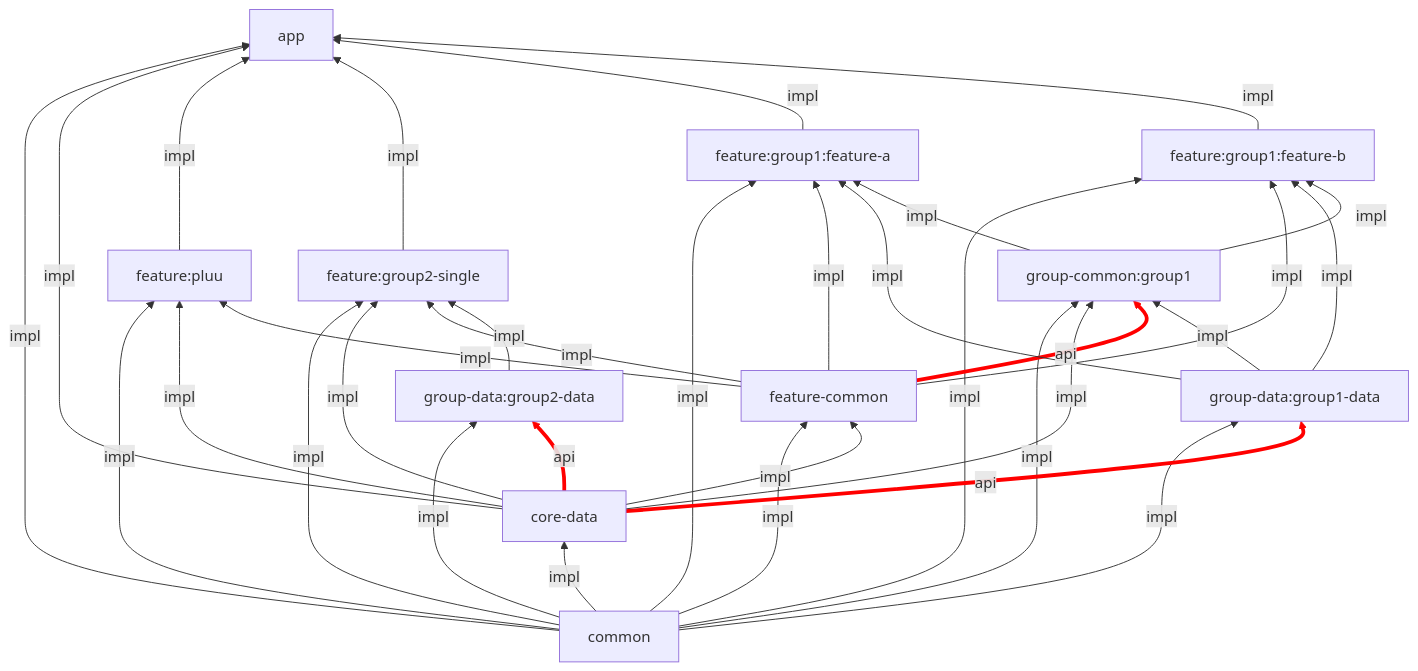
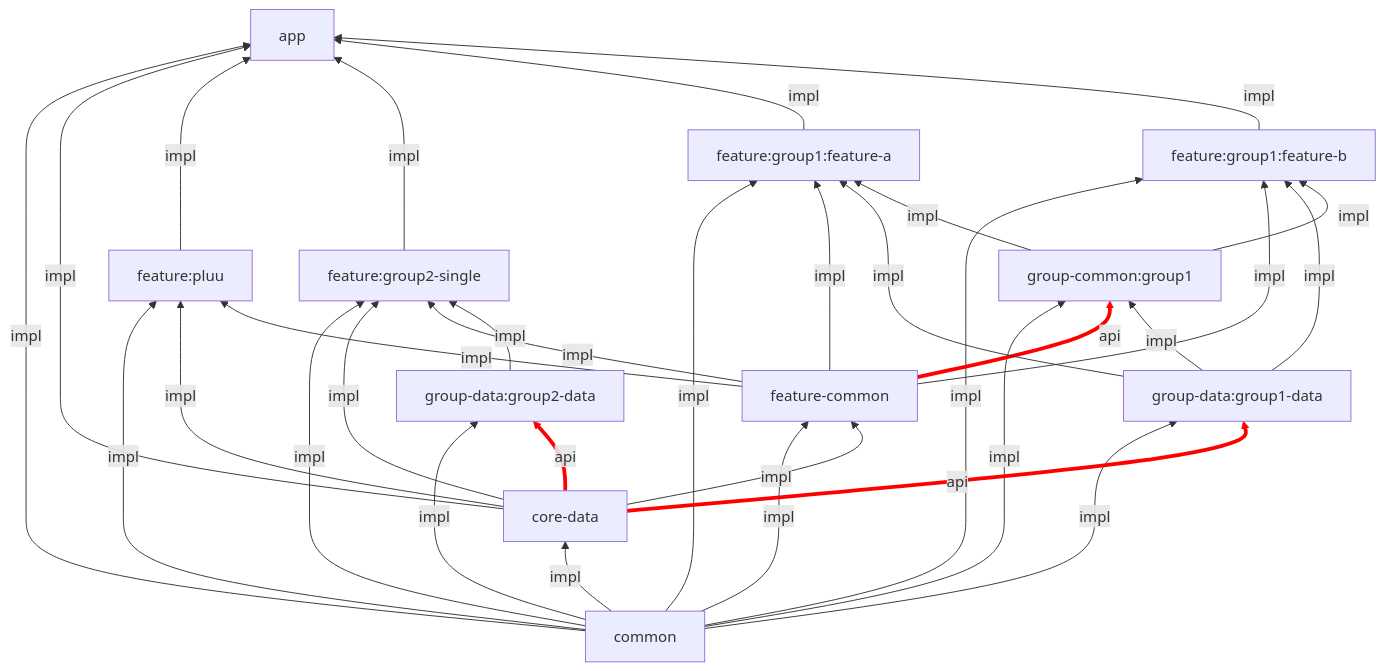
The diagram in README.md (Pluu/ModuleDependencyCheckSample), drawn with Mermaid before and after one commit. The commit also changed other lines of this file and 6 other files, not shown here.

````diff
--- a/README.md
+++ b/README.md
@@ -1,44 +3,43 @@
 ```mermaid
 graph BT;
 common--impl-->app;
 common--impl-->core-data;
 common--impl-->feature-common;
 common--impl-->feature:pluu;
 common--impl-->group-data:group1-data;
 common--impl-->group-common:group1;
 common--impl-->feature:group1:feature-a;
 common--impl-->feature:group1:feature-b;
 common--impl-->group-data:group2-data;
 common--impl-->feature:group2-single;
 
 core-data--impl-->app;
 core-data--impl-->feature-common;
 core-data--impl-->feature:pluu;
 core-data--api-->group-data:group1-data;
-core-data--impl-->group-common:group1;
 core-data--api-->group-data:group2-data;
 core-data--impl-->feature:group2-single;
 
 feature-common--impl-->feature:pluu;        
 feature-common--api-->group-common:group1;
 feature-common--impl-->feature:group1:feature-a;
 feature-common--impl-->feature:group1:feature-b;
 feature-common--impl-->feature:group2-single;   
 
 group-data:group1-data--impl-->group-common:group1;
 group-data:group1-data--impl-->feature:group1:feature-a;
 group-data:group1-data--impl-->feature:group1:feature-b;
 
 group-common:group1--impl-->feature:group1:feature-a;
 group-common:group1--impl-->feature:group1:feature-b;      
 
 feature:pluu--impl-->app;     
 group-data:group2-data--impl-->feature:group2-single;           
 feature:group2-single--impl-->app;
 feature:group1:feature-a--impl-->app;
 feature:group1:feature-b--impl-->app;     
       
 linkStyle 13 stroke-width:4px,stroke:red
-linkStyle 15 stroke-width:4px,stroke:red
-linkStyle 18 stroke-width:4px,stroke:red
+linkStyle 14 stroke-width:4px,stroke:red
+linkStyle 17 stroke-width:4px,stroke:red
 ```
````
